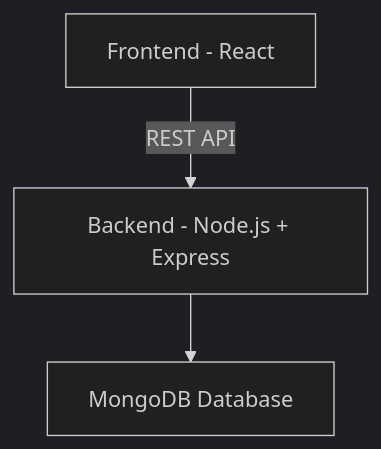
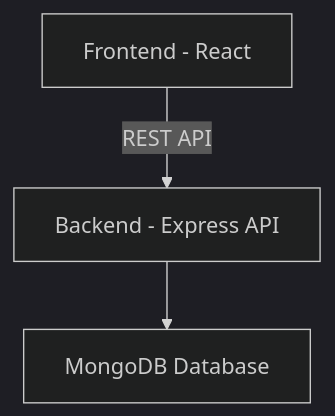
The first of 2 diagrams in Backend/src/docs/Architecture.md (Ophidev/FitFlow), drawn with Mermaid (dark theme) before and after one commit. The commit also changed other lines of this file and 2 other files, not shown here.

````diff
--- a/Backend/src/docs/Architecture.md
+++ b/Backend/src/docs/Architecture.md
@@ -54,5 +69,5 @@
 ```mermaid
 graph TD
-    A[Frontend - React] -->|REST API| B[Backend - Node.js + Express]
+    A[Frontend - React] -->|REST API| B[Backend - Express API]
     B --> C[MongoDB Database]
 ```
````
